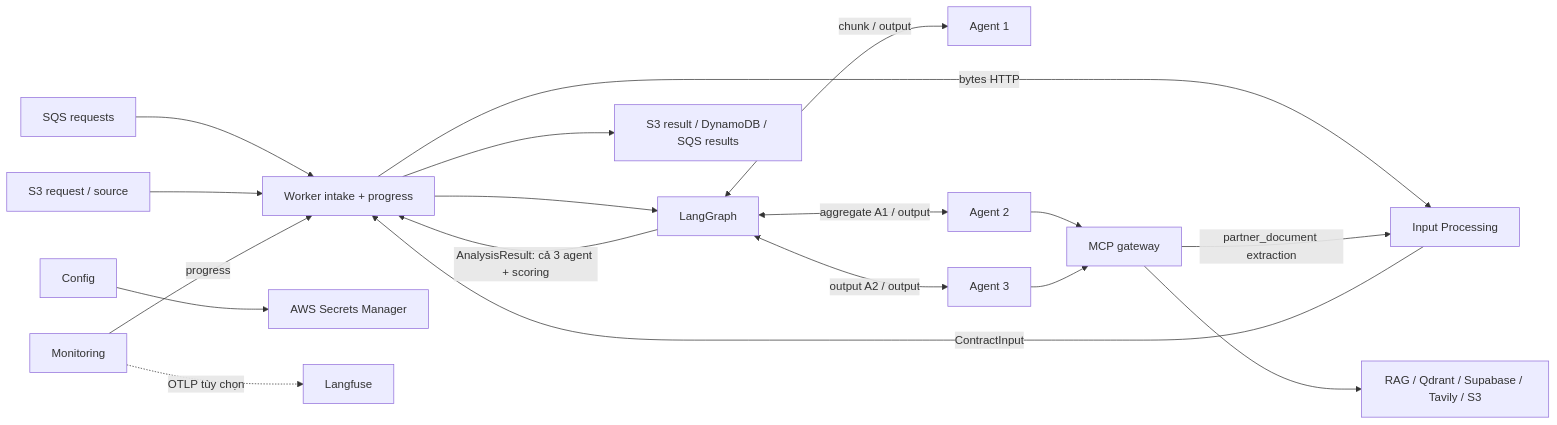
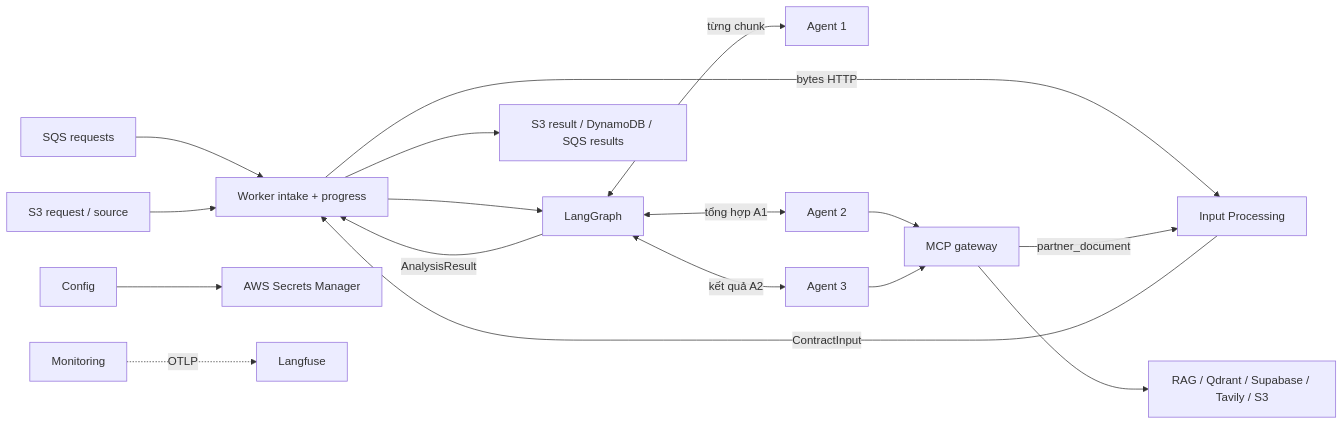
Before and after one commit to ContractGuard-Team/contract-risk-management: the diagram in docs/architecture.md, drawn with Mermaid. The commit also changed other lines of this file and 36 other files, not shown here.

````diff
--- a/docs/architecture.md
+++ b/docs/architecture.md
@@ -5,20 +20,19 @@
 ```mermaid
 flowchart LR
     SQS[SQS requests] --> W[Worker intake + progress]
     S3[S3 request / source] --> W
     W -->|bytes HTTP| P[Input Processing]
     P -->|ContractInput| W
     W --> G[LangGraph]
-    G <-->|chunk / output| A1[Agent 1]
-    G <-->|aggregate A1 / output| A2[Agent 2]
-    G <-->|output A2 / output| A3[Agent 3]
-    G -->|AnalysisResult: cả 3 agent + scoring| W
+    G <-->|từng chunk| A1[Agent 1]
+    G <-->|tổng hợp A1| A2[Agent 2]
+    G <-->|kết quả A2| A3[Agent 3]
+    G -->|AnalysisResult| W
     W --> OUT[S3 result / DynamoDB / SQS results]
     A2 --> MCP[MCP gateway]
     A3 --> MCP
     MCP --> REF[RAG / Qdrant / Supabase / Tavily / S3]
-    MCP -->|partner_document extraction| P
+    MCP -->|partner_document| P
     C[Config] --> SM[AWS Secrets Manager]
-    M[Monitoring] -->|progress| W
-    M -. OTLP tùy chọn .-> LF[Langfuse]
+    M[Monitoring] -.->|OTLP| LF[Langfuse]
 ```
````
